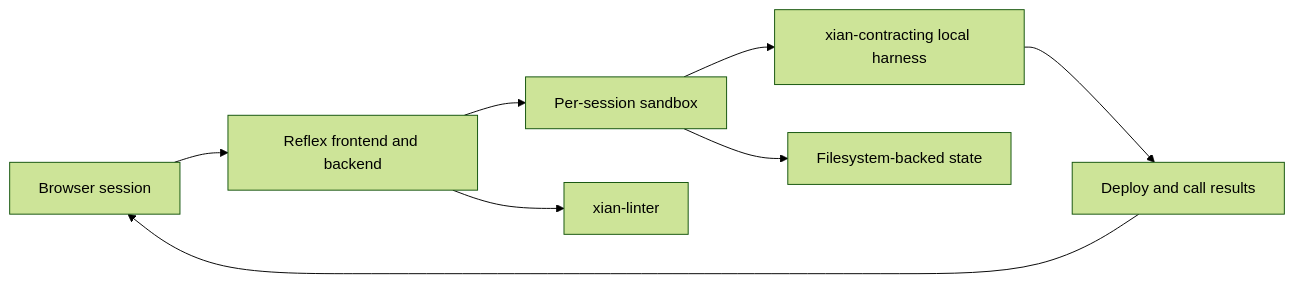
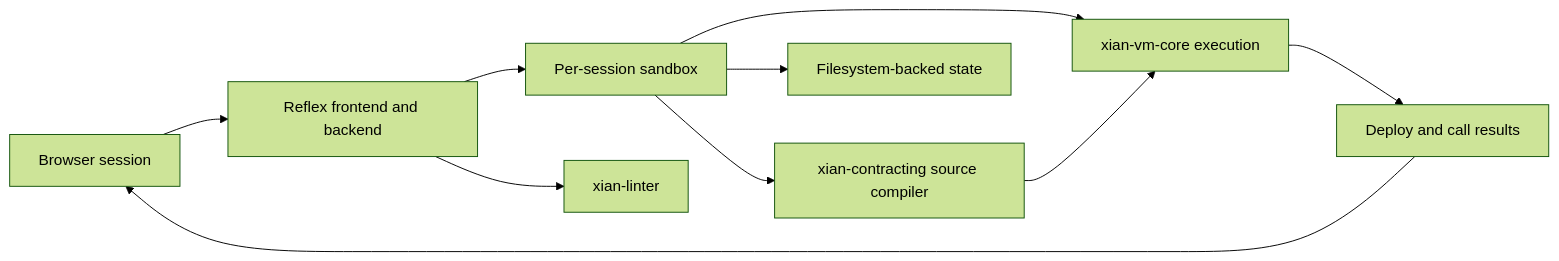
The diagram in README.md (xian-technology/xian-playground-web), drawn with Mermaid (forest theme) before and after one commit. The commit also changed other lines of this file and 16 other files, not shown here.

````diff
--- a/README.md
+++ b/README.md
@@ -16,10 +20,12 @@
 ```mermaid
 flowchart LR
   Browser["Browser session"] --> Reflex["Reflex frontend and backend"]
   Reflex --> Session["Per-session sandbox"]
-  Session --> Contracting["xian-contracting local harness"]
+  Session --> Compiler["xian-contracting source compiler"]
+  Session --> VM["xian-vm-core execution"]
   Session --> Storage["Filesystem-backed state"]
   Reflex --> Linter["xian-linter"]
-  Contracting --> Results["Deploy and call results"]
+  Compiler --> VM
+  VM --> Results["Deploy and call results"]
   Results --> Browser
 ```
````
